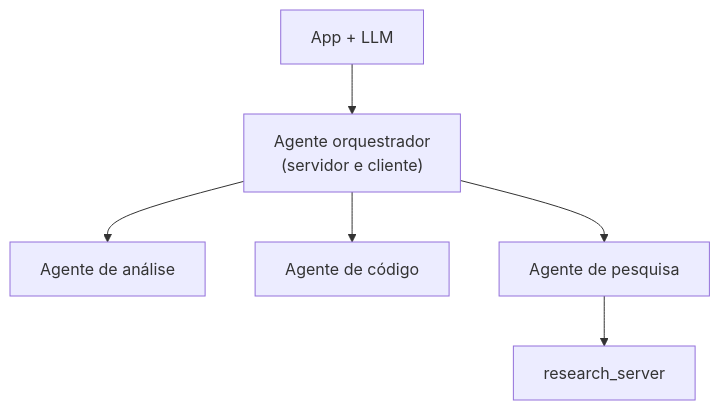
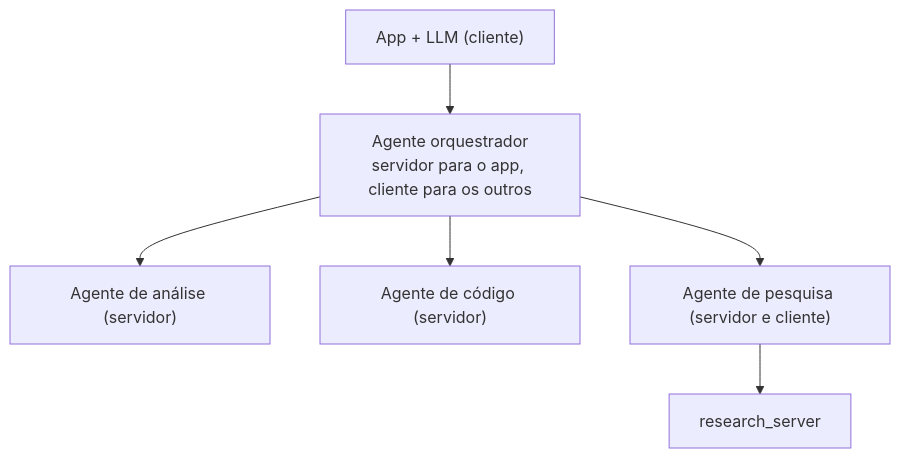
Before and after one commit to FloraRosaPupo/mcp-estudos: the fourth of 4 diagrams in notas/10-alem-do-basico.md, drawn with Mermaid. The commit also changed other lines of this file and 20 other files, not shown here.

````diff
--- a/notas/10-alem-do-basico.md
+++ b/notas/10-alem-do-basico.md
@@ -47,7 +104,8 @@
 ```mermaid
 flowchart TD
-    APP["App + LLM"] --> ORQ["Agente orquestrador<br/>(servidor e cliente)"]
-    ORQ --> A1["Agente de análise"]
-    ORQ --> A2["Agente de código"]
-    ORQ --> A3["Agente de pesquisa"] --> RS["research_server"]
+    APP["App + LLM (cliente)"] --> ORQ["Agente orquestrador<br/>servidor para o app, cliente para os outros"]
+    ORQ --> A1["Agente de análise (servidor)"]
+    ORQ --> A2["Agente de código (servidor)"]
+    ORQ --> A3["Agente de pesquisa (servidor e cliente)"]
+    A3 --> RS["research_server"]
 ```
````
